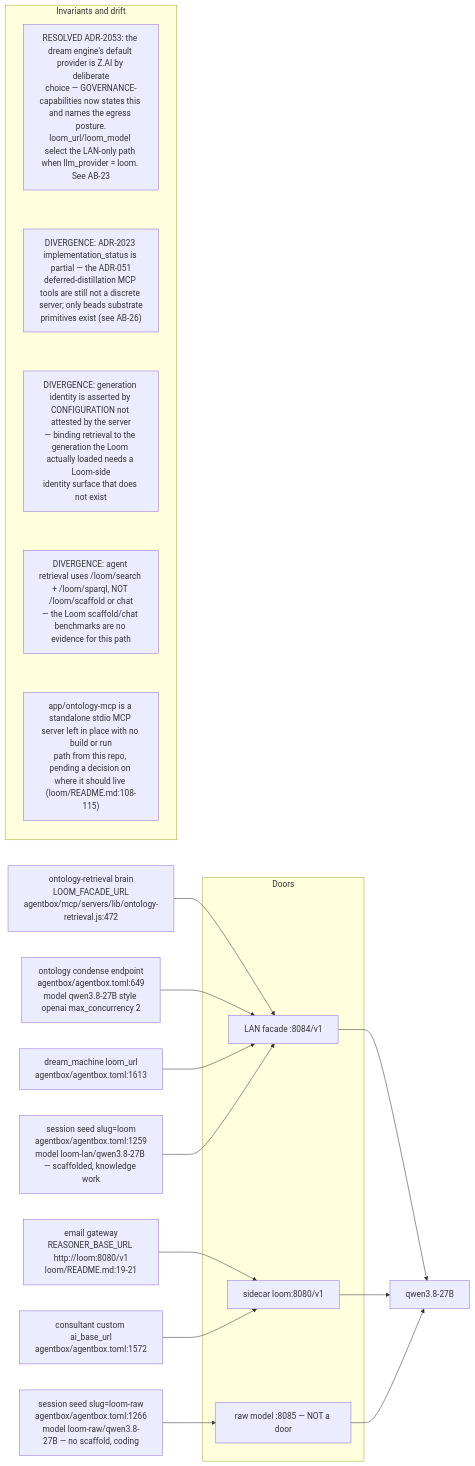
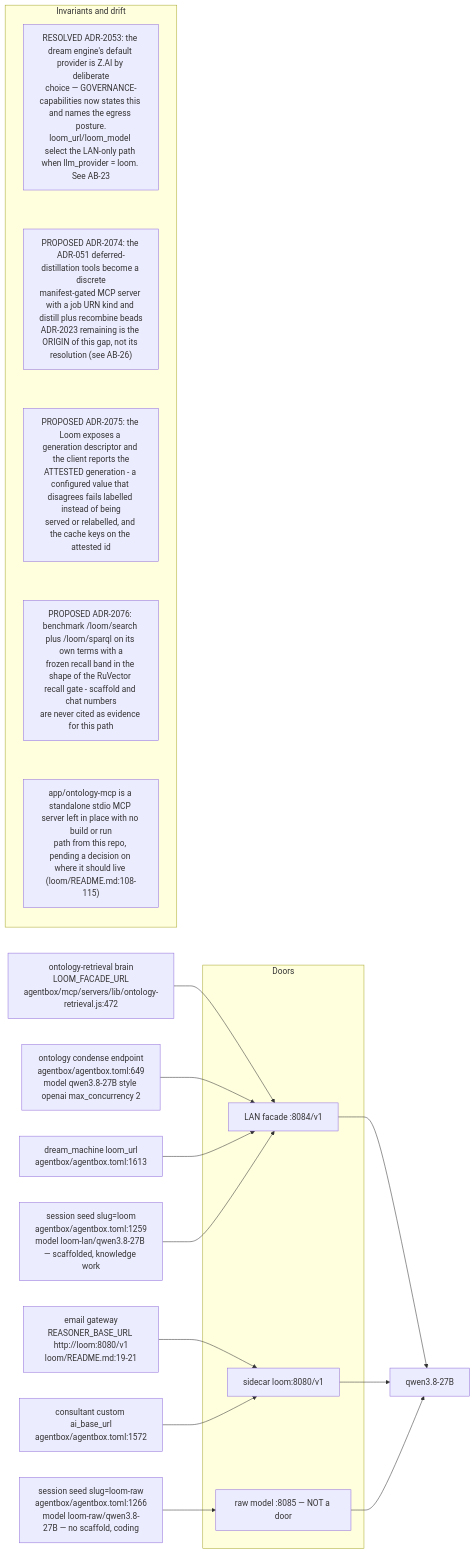
Before and after one commit to DreamLab-AI/AR-AI-Knowledge-Graph: the ninth of 9 diagrams in docs/diagrams/agentbox/24-loom-facade.md, drawn with Mermaid. The commit also changed other lines of this file and 172 other files, not shown here.

````diff
--- a/docs/diagrams/agentbox/24-loom-facade.md
+++ b/docs/diagrams/agentbox/24-loom-facade.md
@@ -375,27 +377,27 @@
 ```mermaid
 flowchart LR
     subgraph doors["Doors"]
         D84["LAN facade :8084/v1"]
         D80["sidecar loom:8080/v1"]
         D85["raw model :8085 — NOT a door"]
     end
     RET["ontology-retrieval brain<br/>LOOM_FACADE_URL<br/>agentbox/mcp/servers/lib/ontology-retrieval.js:472"] --> D84
     COND["ontology condense endpoint<br/>agentbox/agentbox.toml:649<br/>model qwen3.8-27B style openai max_concurrency 2"] --> D84
     DREAM["dream_machine loom_url<br/>agentbox/agentbox.toml:1613"] --> D84
     SEEDL["session seed slug=loom<br/>agentbox/agentbox.toml:1259<br/>model loom-lan/qwen3.8-27B — scaffolded, knowledge work"] --> D84
     SEEDR["session seed slug=loom-raw<br/>agentbox/agentbox.toml:1266<br/>model loom-raw/qwen3.8-27B — no scaffold, coding"] --> D85
     EMAIL["email gateway<br/>REASONER_BASE_URL http://loom:8080/v1<br/>loom/README.md:19-21"] --> D80
     CUST["consultant custom ai_base_url<br/>agentbox/agentbox.toml:1572"] --> D80
     D84 --> M["qwen3.8-27B"]
     D80 --> M
     D85 --> M
     subgraph notes["Invariants and drift"]
         direction TB
         N1["RESOLVED ADR-2053: the dream engine's default provider is Z.AI by deliberate<br/>choice — GOVERNANCE-capabilities now states this and names the egress posture.<br/>loom_url/loom_model select the LAN-only path when llm_provider = loom. See AB-23"]
-        N2["DIVERGENCE: ADR-2023 implementation_status is partial — the ADR-051<br/>deferred-distillation MCP tools are still not a discrete server; only beads substrate<br/>primitives exist (see AB-26)"]
-        N3["DIVERGENCE: generation identity is asserted by CONFIGURATION not attested by the server<br/>— binding retrieval to the generation the Loom actually loaded needs a Loom-side<br/>identity surface that does not exist"]
-        N4["DIVERGENCE: agent retrieval uses /loom/search + /loom/sparql, NOT /loom/scaffold or chat<br/>— the Loom scaffold/chat benchmarks are no evidence for this path"]
+        N2["PROPOSED ADR-2074: the ADR-051 deferred-distillation tools become a discrete<br/>manifest-gated MCP server with a job URN kind and distill plus recombine beads<br/>ADR-2023 remaining is the ORIGIN of this gap, not its resolution (see AB-26)"]
+        N3["PROPOSED ADR-2075: the Loom exposes a generation descriptor and the client reports the<br/>ATTESTED generation - a configured value that disagrees fails labelled instead of being<br/>served or relabelled, and the cache keys on the attested id"]
+        N4["PROPOSED ADR-2076: benchmark /loom/search plus /loom/sparql on its own terms with a<br/>frozen recall band in the shape of the RuVector recall gate - scaffold and chat numbers<br/>are never cited as evidence for this path"]
         N5["app/ontology-mcp is a standalone stdio MCP server left in place with no build or run<br/>path from this repo, pending a decision on where it should live (loom/README.md:108-115)"]
         N1 ~~~ N2 ~~~ N3 ~~~ N4 ~~~ N5
     end
 ```
````
